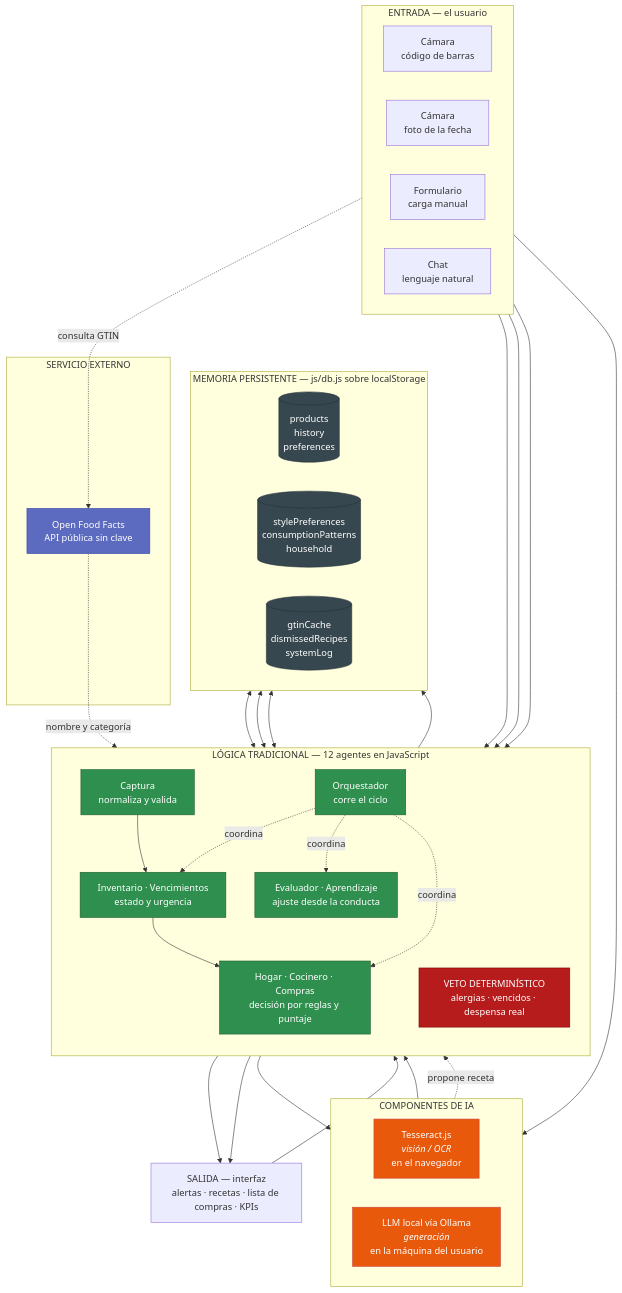
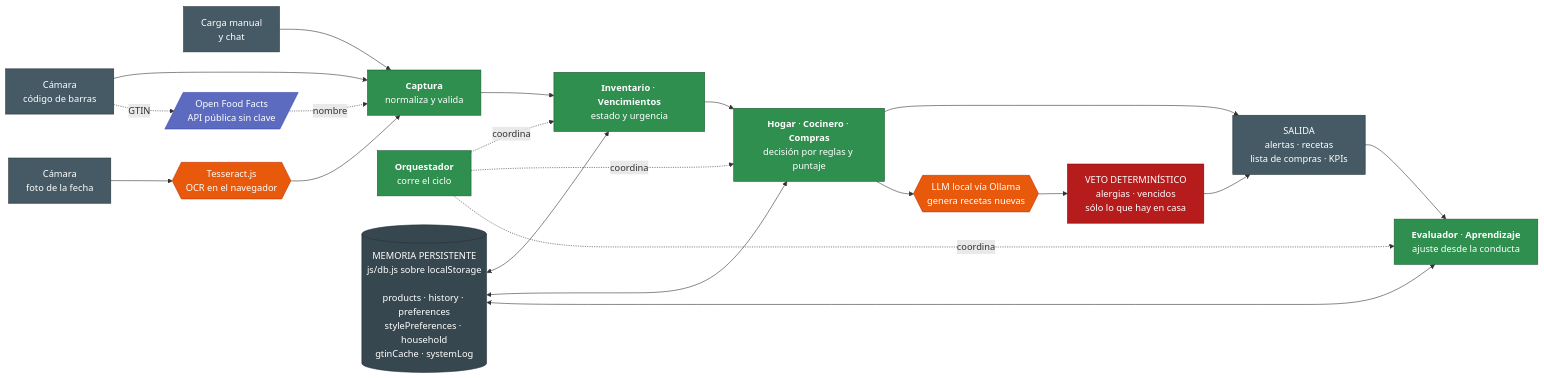
One commit to pablomonsalvo76/despensa-inteligente changed the first of 5 diagrams in docs/DIAGRAMAS.md. Above: the diagram before and after it, drawn with Mermaid. The commit also changed other lines of this file, not shown here.

Commit message:
Diagramas: aplanar arquitectura y casos de uso para que rendericen legibles

````diff
--- a/docs/DIAGRAMAS.md
+++ b/docs/DIAGRAMAS.md
@@ -14,71 +14,51 @@
 ```mermaid
-flowchart TB
-    subgraph ENTRADA["ENTRADA — el usuario"]
-        direction LR
-        E1["Cámara<br/>código de barras"]
-        E2["Cámara<br/>foto de la fecha"]
-        E3["Formulario<br/>carga manual"]
-        E4["Chat<br/>lenguaje natural"]
-    end
+flowchart LR
+    E1["Cámara<br/>código de barras"]
+    E2["Cámara<br/>foto de la fecha"]
+    E3["Carga manual<br/>y chat"]
 
-    subgraph IA["COMPONENTES DE IA"]
-        direction LR
-        IA1["Tesseract.js<br/><i>visión / OCR</i><br/>en el navegador"]
-        IA2["LLM local vía Ollama<br/><i>generación</i><br/>en la máquina del usuario"]
-    end
+    IA1{{"Tesseract.js<br/>OCR en el navegador"}}
+    X1[/"Open Food Facts<br/>API pública sin clave"/]
 
-    subgraph LOGICA["LÓGICA TRADICIONAL — 12 agentes en JavaScript"]
-        direction TB
-        L1["Captura<br/>normaliza y valida"]
-        L2["Inventario · Vencimientos<br/>estado y urgencia"]
-        L3["Hogar · Cocinero · Compras<br/>decisión por reglas y puntaje"]
-        L4["Evaluador · Aprendizaje<br/>ajuste desde la conducta"]
-        L5["VETO DETERMINÍSTICO<br/>alergias · vencidos · despensa real"]
-        L0["Orquestador<br/>corre el ciclo"]
-    end
+    L1["<b>Captura</b><br/>normaliza y valida"]
+    L2["<b>Inventario</b> · <b>Vencimientos</b><br/>estado y urgencia"]
+    L3["<b>Hogar</b> · <b>Cocinero</b> · <b>Compras</b><br/>decisión por reglas y puntaje"]
+    L4["<b>Evaluador</b> · <b>Aprendizaje</b><br/>ajuste desde la conducta"]
+    ORQ["<b>Orquestador</b><br/>corre el ciclo"]
 
-    subgraph MEMORIA["MEMORIA PERSISTENTE — js/db.js sobre localStorage"]
-        direction LR
-        M1[("products<br/>history<br/>preferences")]
-        M2[("stylePreferences<br/>consumptionPatterns<br/>household")]
-        M3[("gtinCache<br/>dismissedRecipes<br/>systemLog")]
-    end
+    IA2{{"LLM local vía Ollama<br/>genera recetas nuevas"}}
+    VETO["VETO DETERMINÍSTICO<br/>alergias · vencidos<br/>sólo lo que hay en casa"]
 
-    subgraph EXTERNO["SERVICIO EXTERNO"]
-        X1["Open Food Facts<br/>API pública sin clave"]
-    end
+    DB[("MEMORIA PERSISTENTE<br/>js/db.js sobre localStorage<br/><br/>products · history · preferences<br/>stylePreferences · household<br/>gtinCache · systemLog")]
 
-    SALIDA["SALIDA — interfaz<br/>alertas · recetas · lista de compras · KPIs"]
+    OUT["SALIDA<br/>alertas · recetas<br/>lista de compras · KPIs"]
 
     E1 --> L1
     E2 --> IA1 --> L1
     E3 --> L1
-    E4 --> L1
-    E1 -.consulta GTIN.-> X1 -.nombre y categoría.-> L1
+    E1 -. GTIN .-> X1 -. nombre .-> L1
 
-    L1 --> L2 --> L3
-    L3 --> SALIDA
-    IA2 -.propone receta.-> L5
-    L3 --> IA2
-    L5 --> SALIDA
-    SALIDA --> L4
-    L4 --> MEMORIA
-    L0 -.coordina.-> L2
-    L0 -.coordina.-> L3
-    L0 -.coordina.-> L4
+    L1 --> L2 --> L3 --> OUT
+    L3 --> IA2 --> VETO --> OUT
+    OUT --> L4
+    ORQ -.coordina.-> L2
+    ORQ -.coordina.-> L3
+    ORQ -.coordina.-> L4
 
-    MEMORIA <--> L2
-    MEMORIA <--> L3
-    MEMORIA <--> L4
+    DB <--> L2
+    DB <--> L3
+    DB <--> L4
 
-    classDef ia fill:#e8590c,stroke:#c44,color:#fff
+    classDef ia fill:#e8590c,stroke:#bf360c,color:#fff
     classDef logica fill:#2f8f4e,stroke:#1c5c32,color:#fff
     classDef mem fill:#37474f,stroke:#263238,color:#fff
     classDef ext fill:#5c6bc0,stroke:#3949ab,color:#fff
     classDef veto fill:#b71c1c,stroke:#7f0000,color:#fff
+    classDef io fill:#455a64,stroke:#263238,color:#fff
     class IA1,IA2 ia
-    class L0,L1,L2,L3,L4 logica
-    class L5 veto
-    class M1,M2,M3 mem
+    class L1,L2,L3,L4,ORQ logica
+    class VETO veto
+    class DB mem
     class X1 ext
+    class E1,E2,E3,OUT io
 ```
````
